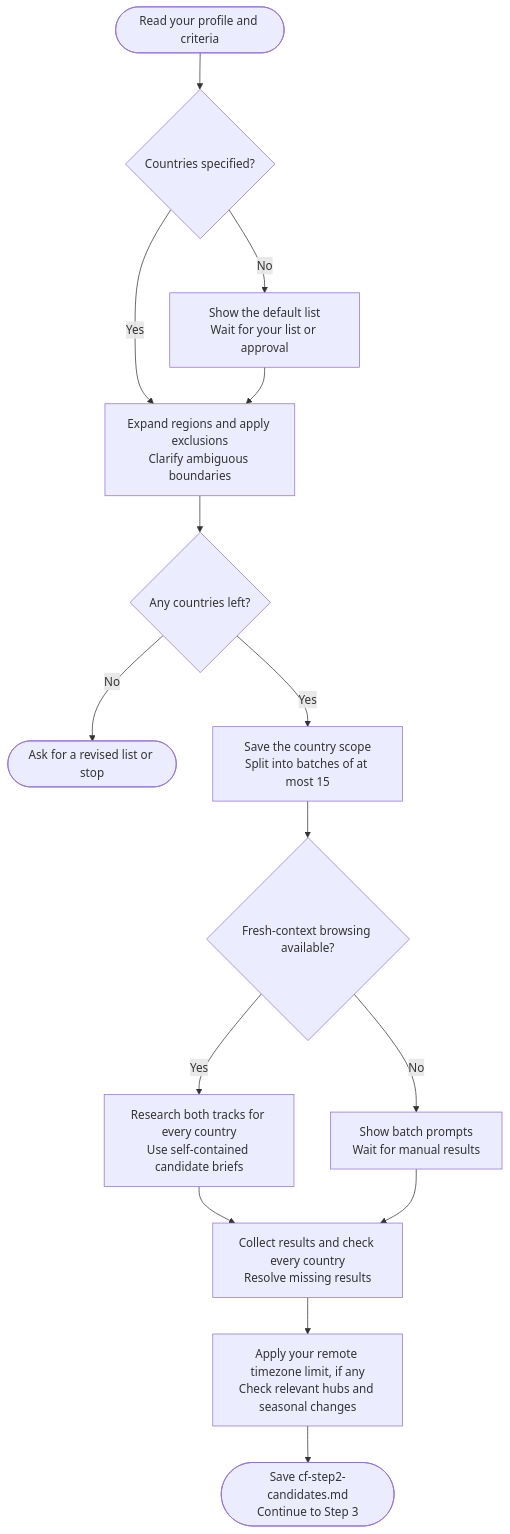
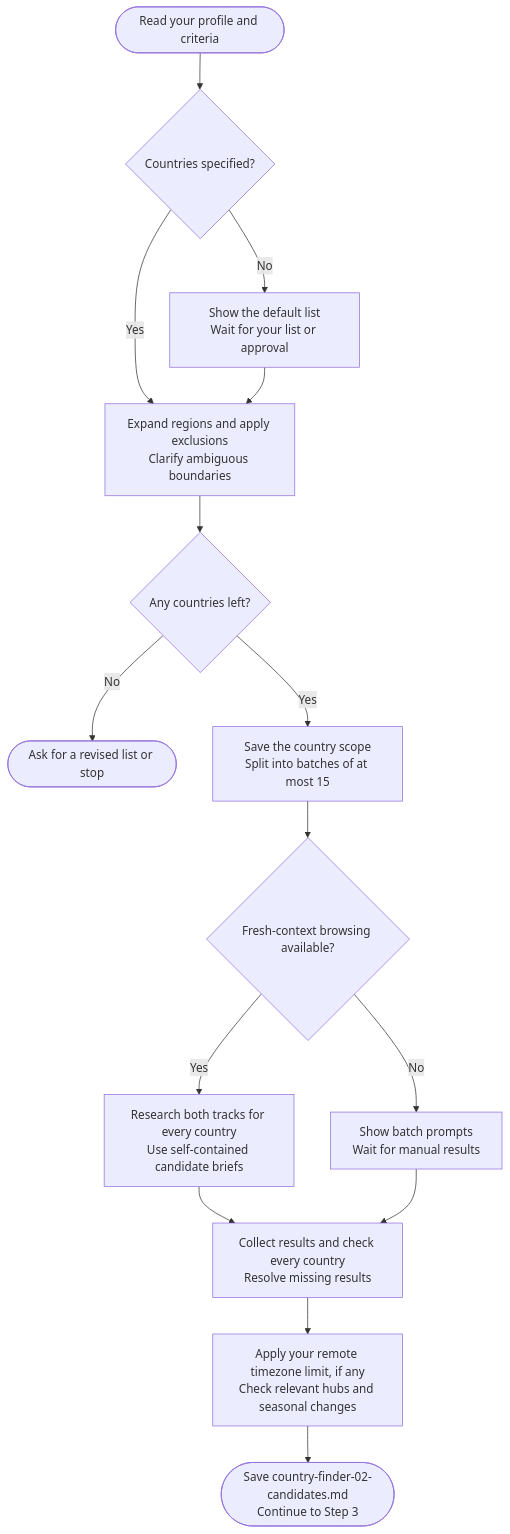
One commit to myowinthein/agent-compass changed the diagram in docs/commands/country-finder/step2-country-discovery.md. Above: the diagram before and after it, drawn with Mermaid. The commit also changed other lines of this file and 44 other files, not shown here.

````diff
--- a/docs/commands/country-finder/step2-country-discovery.md
+++ b/docs/commands/country-finder/step2-country-discovery.md
@@ -14,17 +14,17 @@
 ```mermaid
 flowchart TD
   Start(["Read your profile and criteria"]) --> List{"Countries specified?"}
   List -->|Yes| Scope["Expand regions and apply exclusions<br/>Clarify ambiguous boundaries"]
   List -->|No| Default["Show the default list<br/>Wait for your list or approval"]
   Default --> Scope
   Scope --> Empty{"Any countries left?"}
   Empty -->|No| Revise(["Ask for a revised list or stop"])
   Empty -->|Yes| Batch["Save the country scope<br/>Split into batches of at most 15"]
   Batch --> Cap{"Fresh-context browsing available?"}
   Cap -->|Yes| Research["Research both tracks for every country<br/>Use self-contained candidate briefs"]
   Cap -->|No| Manual["Show batch prompts<br/>Wait for manual results"]
   Research --> Coverage["Collect results and check every country<br/>Resolve missing results"]
   Manual --> Coverage
   Coverage --> TZ["Apply your remote timezone limit, if any<br/>Check relevant hubs and seasonal changes"]
-  TZ --> Save(["Save cf-step2-candidates.md<br/>Continue to Step 3"])
+  TZ --> Save(["Save country-finder-02-candidates.md<br/>Continue to Step 3"])
 ```
````
